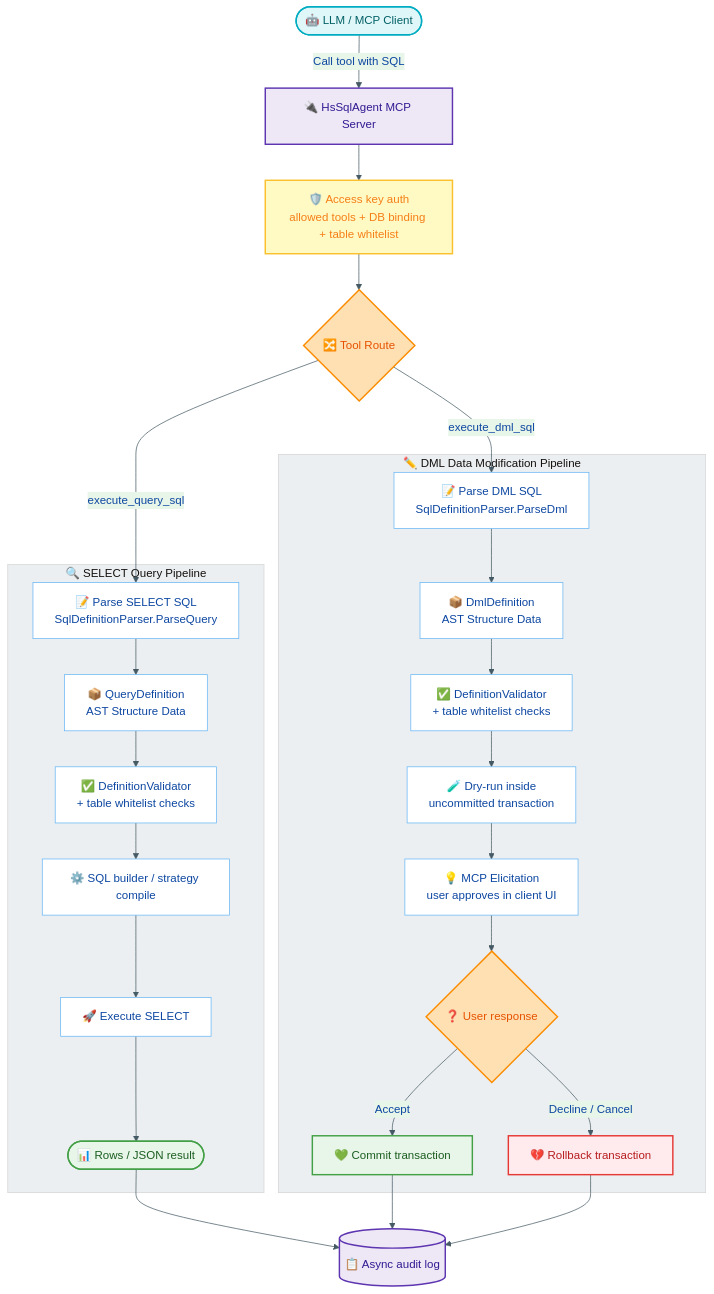
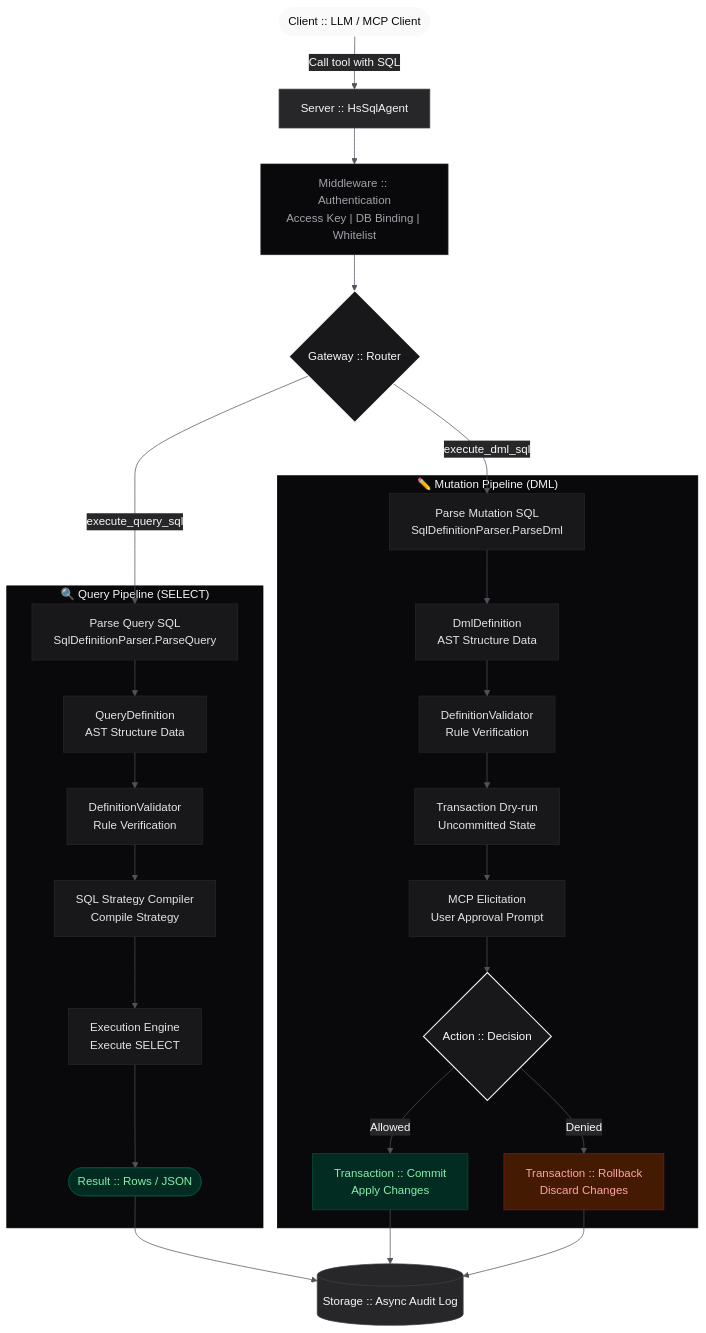
The diagram in README.md (tse-wei-chen/hs-sql-agent), drawn with Mermaid before and after one commit. The commit also changed other lines of this file, not shown here.

Commit message:
Update README with new badge and styling changes

```diff
--- a/README.md
+++ b/README.md
@@ -69,36 +69,33 @@
 %%{init: {
   'theme': 'base',
   'themeVariables': {
-    'primaryColor': '#E3F2FD',
-    'primaryTextColor': '#0D47A1',
-    'primaryBorderColor': '#64B5F6',
-    'lineColor': '#455A64',
-    'secondaryColor': '#E8F5E9',
-    'tertiaryColor': '#ECEFF1',
-    'mainBkg': '#FFFFFF'
+    'primaryColor': '#18181B',
+    'primaryTextColor': '#FAFAFA',
+    'primaryBorderColor': '#27272A',
+    'lineColor': '#52525B',
+    'secondaryColor': '#27272A',
+    'tertiaryColor': '#09090B',
+    'mainBkg': '#09090B'
   }
 }}%%
 
 flowchart TD
-    %% 1. 先定義節點形狀與文字 (使用標準單組雙引號與轉義字元)
-    LLM(["🤖 LLM / MCP Client"])
-    MCP["🔌 HsSqlAgent MCP Server"]
-    AUTH["🛡️ Access key auth<br/>allowed tools + DB binding + table whitelist"]
-    ROUTE{"🔀 Tool Route"}
+    LLM(["Client :: LLM / MCP Client"])
+    MCP["Server :: HsSqlAgent"]
+    AUTH["Middleware :: Authentication<br/>Access Key | DB Binding | Whitelist"]
+    ROUTE{"Gateway :: Router"}
 
-    %% 2. 建立節點之間的連接關係
     LLM -->|Call tool with SQL| MCP
     MCP --> AUTH
     AUTH --> ROUTE
 
-    %% SELECT 查詢流程
-    subgraph Query_Flow ["🔍 SELECT Query Pipeline"]
-        QPARSE["📝 Parse SELECT SQL<br/>SqlDefinitionParser.ParseQuery"]
-        QDEF["📦 QueryDefinition<br/>AST Structure Data"]
-        QVALID["✅ DefinitionValidator<br/>+ table whitelist checks"]
-        QBUILD["⚙️ SQL builder / strategy compile"]
-        QEXEC["🚀 Execute SELECT"]
-        QRESULT(["📊 Rows / JSON result"])
+    subgraph Query_Flow [" 🔍 Query Pipeline (SELECT) "]
+        QPARSE["Parse Query SQL<br/>SqlDefinitionParser.ParseQuery"]
+        QDEF["QueryDefinition<br/>AST Structure Data"]
+        QVALID["DefinitionValidator<br/>Rule Verification"]
+        QBUILD["SQL Strategy Compiler<br/>Compile Strategy"]
+        QEXEC["Execution Engine<br/>Execute SELECT"]
+        QRESULT(["Result :: Rows / JSON"])
         
         QPARSE --> QDEF
         QDEF --> QVALID
@@ -107,16 +104,15 @@
         QEXEC --> QRESULT
     end
 
-    %% DML 異動流程
-    subgraph DML_Flow ["✏️ DML Data Modification Pipeline"]
-        DPARSE["📝 Parse DML SQL<br/>SqlDefinitionParser.ParseDml"]
-        DDEF["📦 DmlDefinition<br/>AST Structure Data"]
-        DVALID["✅ DefinitionValidator<br/>+ table whitelist checks"]
-        DRYRUN["🧪 Dry-run inside<br/>uncommitted transaction"]
-        ELICIT["💡 MCP Elicitation<br/>user approves in client UI"]
-        DECIDE{"❓ User response"}
-        DEXEC["💚 Commit transaction"]
-        DROLLBACK["💔 Rollback transaction"]
+    subgraph DML_Flow [" ✏️ Mutation Pipeline (DML) "]
+        DPARSE["Parse Mutation SQL<br/>SqlDefinitionParser.ParseDml"]
+        DDEF["DmlDefinition<br/>AST Structure Data"]
+        DVALID["DefinitionValidator<br/>Rule Verification"]
+        DRYRUN["Transaction Dry-run<br/>Uncommitted State"]
+        ELICIT["MCP Elicitation<br/>User Approval Prompt"]
+        DECIDE{" Action :: Decision"}
+        DEXEC["Transaction :: Commit<br/>Apply Changes"]
+        DROLLBACK["Transaction :: Rollback<br/>Discard Changes"]
         
         DPARSE --> DDEF
         DDEF --> DVALID
@@ -124,30 +120,28 @@
         DRYRUN --> ELICIT
         ELICIT --> DECIDE
         
-        DECIDE -->|Accept| DEXEC
-        DECIDE -->|Decline / Cancel| DROLLBACK
+        DECIDE -->|Allowed| DEXEC
+        DECIDE -->|Denied| DROLLBACK
     end
 
-    %% 路由分流
     ROUTE -->|execute_query_sql| QPARSE
     ROUTE -->|execute_dml_sql| DPARSE
 
-    %% 審計日誌
-    AUDIT[("📋 Async audit log")]
+    AUDIT[("Storage :: Async Audit Log")]
     
     QRESULT --> AUDIT
     DEXEC --> AUDIT
     DROLLBACK --> AUDIT
 
-    %% 3. 獨立定義自訂樣式 (Class Styles)
-    classDef client fill:#E0F7FA,stroke:#00ACC1,stroke-width:2px,color:#006064;
-    classDef server fill:#EDE7F6,stroke:#5E35B1,stroke-width:2px,color:#311B92;
-    classDef auth fill:#FFF9C4,stroke:#FBC02D,stroke-width:2px,color:#F57F17;
-    classDef cond fill:#FFE0B2,stroke:#FB8C00,stroke-width:2px,color:#E65100;
-    classDef danger fill:#FFEBEE,stroke:#E53935,stroke-width:2px,color:#B71C1C;
-    classDef success fill:#E8F5E9,stroke:#43A047,stroke-width:2px,color:#1B5E20;
+    classDef default fill:#18181B,stroke:#27272A,stroke-width:1px,color:#E4E4E7;
+    classDef client fill:#FAFAFA,stroke:#FAFAFA,stroke-width:1px,color:#09090B;
+    classDef server fill:#27272A,stroke:#3F3F46,stroke-width:1px,color:#F4F4F5;
+    classDef auth fill:#09090B,stroke:#27272A,stroke-width:1px,color:#A1A1AA;
+    classDef cond fill:#18181B,stroke:#FAFAFA,stroke-width:1.5px,color:#FAFAFA;
+    
+    classDef danger fill:#451A03,stroke:#7F1D1D,stroke-width:1px,color:#FCA5A5;
+    classDef success fill:#022C22,stroke:#064E3B,stroke-width:1px,color:#86EFAC;
 
-    %% 4. 將樣式套用到對應的節點上
     class LLM client;
     class MCP,AUDIT server;
     class AUTH auth;
```
